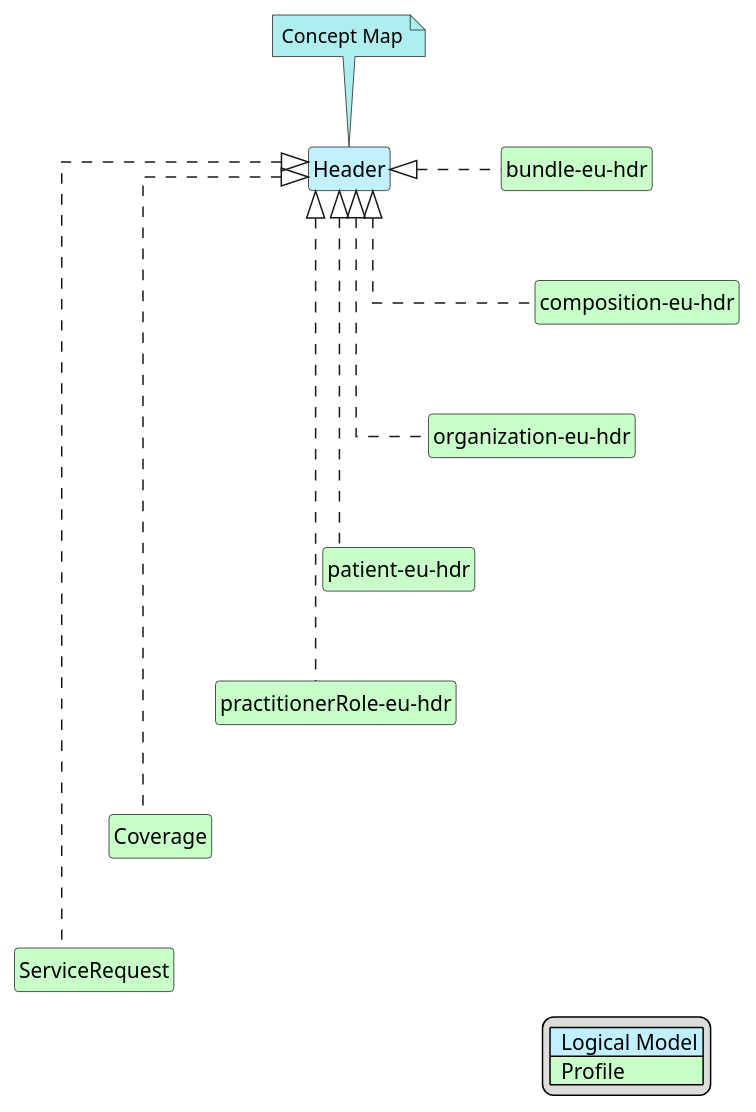
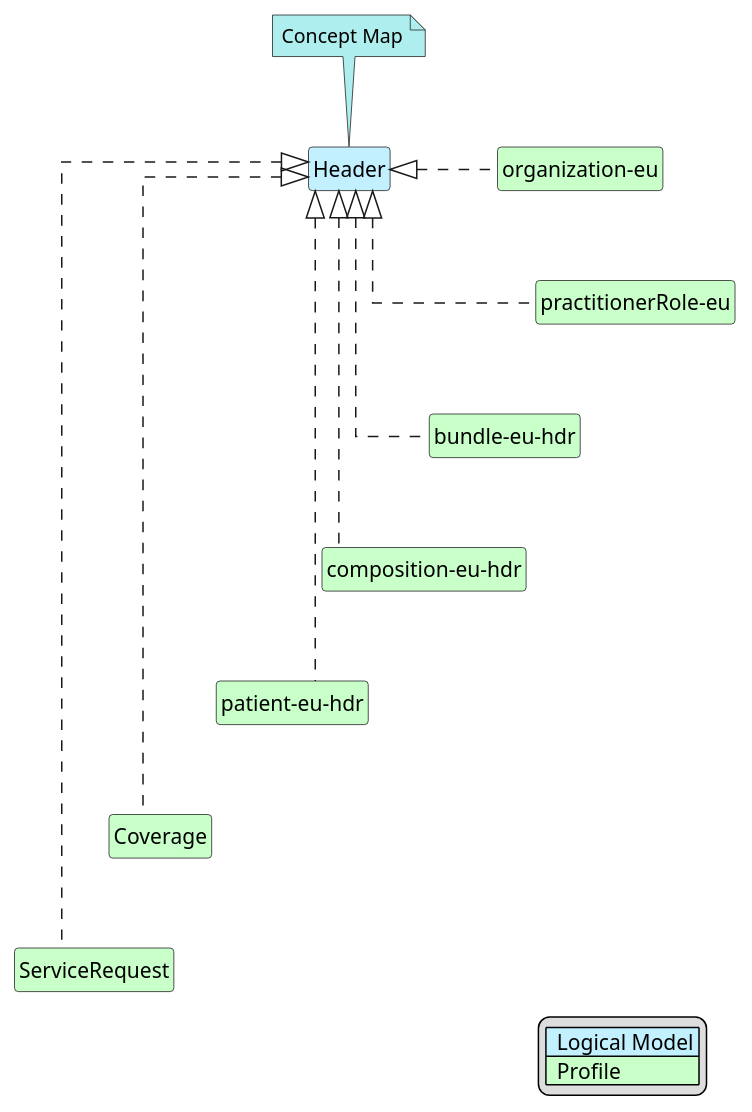
One commit to hl7-eu/hdr changed the diagram in input/images-source/Header-map.plantuml. Above: the diagram before and after it, drawn with PlantUML. The commit also changed 23 other files, not shown here.

```diff
--- a/input/images-source/Header-map.plantuml
+++ b/input/images-source/Header-map.plantuml
@@ -1,39 +1,39 @@
 @startuml
 hide circle
 hide stereotype
 hide members
 hide methods
 skinparam linetype ortho
 skinparam class {
 BackgroundColor<<LogicalModel>> #APPLICATION
 BackgroundColor<<Profile>> #TECHNOLOGY
 }
 legend right
 | <#APPLICATION>  Logical Model |
 | <#TECHNOLOGY>  Profile |
 endlegend
 class "Header" <<LogicalModel>> [[StructureDefinition-Header.html]]
 note top #PaleTurquoise [[ConceptMap-hdrHeader2FHIR-eu-hdr.html]]
 Concept Map
 endnote
+class "organization-eu" <<Profile>> [[StructureDefinition-organization-eu.html]]
+"Header" <|. "organization-eu"
+class "practitionerRole-eu" <<Profile>> [[StructureDefinition-practitionerRole-eu.html]]
+"Header" <|. "practitionerRole-eu"
+"organization-eu" -d[hidden]-> "practitionerRole-eu"
 class "bundle-eu-hdr" <<Profile>> [[StructureDefinition-bundle-eu-hdr.html]]
 "Header" <|. "bundle-eu-hdr"
+"practitionerRole-eu" -d[hidden]-> "bundle-eu-hdr"
 class "composition-eu-hdr" <<Profile>> [[StructureDefinition-composition-eu-hdr.html]]
 "Header" <|. "composition-eu-hdr"
 "bundle-eu-hdr" -d[hidden]-> "composition-eu-hdr"
-class "organization-eu-hdr" <<Profile>> [[StructureDefinition-organization-eu-hdr.html]]
-"Header" <|. "organization-eu-hdr"
-"composition-eu-hdr" -d[hidden]-> "organization-eu-hdr"
 class "patient-eu-hdr" <<Profile>> [[StructureDefinition-patient-eu-hdr.html]]
 "Header" <|. "patient-eu-hdr"
-"organization-eu-hdr" -d[hidden]-> "patient-eu-hdr"
-class "practitionerRole-eu-hdr" <<Profile>> [[StructureDefinition-practitionerRole-eu-hdr.html]]
-"Header" <|. "practitionerRole-eu-hdr"
-"patient-eu-hdr" -d[hidden]-> "practitionerRole-eu-hdr"
+"composition-eu-hdr" -d[hidden]-> "patient-eu-hdr"
 class "Coverage" <<Profile>> [[http://hl7.org/fhir/StructureDefinition/Coverage]]
 "Header" <|. "Coverage"
-"practitionerRole-eu-hdr" -d[hidden]-> "Coverage"
+"patient-eu-hdr" -d[hidden]-> "Coverage"
 class "ServiceRequest" <<Profile>> [[http://hl7.org/fhir/StructureDefinition/ServiceRequest]]
 "Header" <|. "ServiceRequest"
 "Coverage" -d[hidden]-> "ServiceRequest"
 @enduml
```
